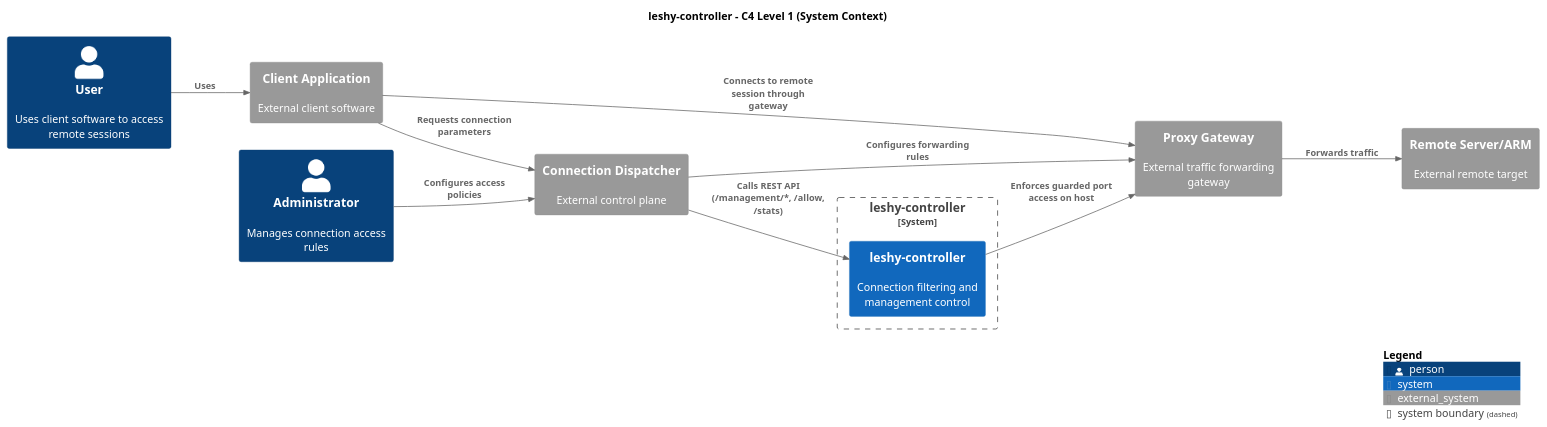
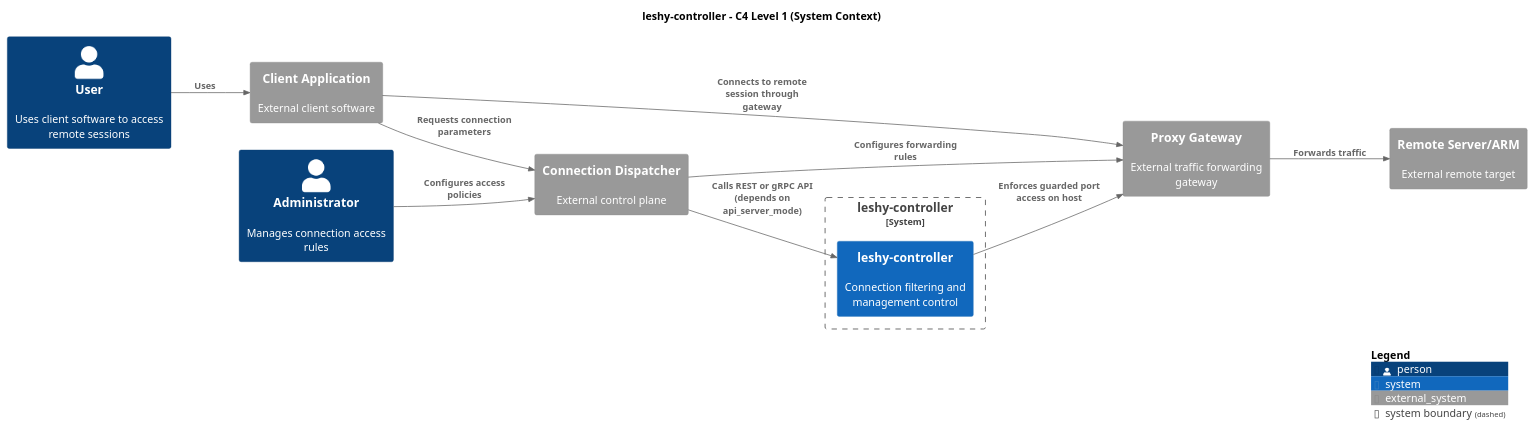
The diagram in docs/plantuml/c4-context.puml (devalv/leshy-controller), drawn with PlantUML before and after one commit. The commit also changed 34 other files, not shown here.

```diff
--- a/docs/plantuml/c4-context.puml
+++ b/docs/plantuml/c4-context.puml
@@ -1,29 +1,29 @@
 @startuml
 !includeurl https://raw.githubusercontent.com/plantuml-stdlib/C4-PlantUML/master/C4_Context.puml
 
 LAYOUT_LEFT_RIGHT()
 title leshy-controller - C4 Level 1 (System Context)
 
 Person(user, "User", "Uses client software to access remote sessions")
 Person(admin, "Administrator", "Manages connection access rules")
 
 System_Ext(client, "Client Application", "External client software")
 System_Ext(dispatcher, "Connection Dispatcher", "External control plane")
 System_Ext(proxy, "Proxy Gateway", "External traffic forwarding gateway")
 System_Ext(remote, "Remote Server/ARM", "External remote target")
 
 System_Boundary(leshy_boundary, "leshy-controller") {
   System(leshy, "leshy-controller", "Connection filtering and management control")
 }
 
 Rel(user, client, "Uses")
 Rel(client, dispatcher, "Requests connection parameters")
 Rel(admin, dispatcher, "Configures access policies")
-Rel(dispatcher, leshy, "Calls REST API (/management/*, /allow, /stats)")
+Rel(dispatcher, leshy, "Calls REST or gRPC API (depends on api_server_mode)")
 Rel(dispatcher, proxy, "Configures forwarding rules")
 Rel(client, proxy, "Connects to remote session through gateway")
 Rel(proxy, remote, "Forwards traffic")
 Rel(leshy, proxy, "Enforces guarded port access on host")
 
 SHOW_LEGEND()
 @enduml
```
